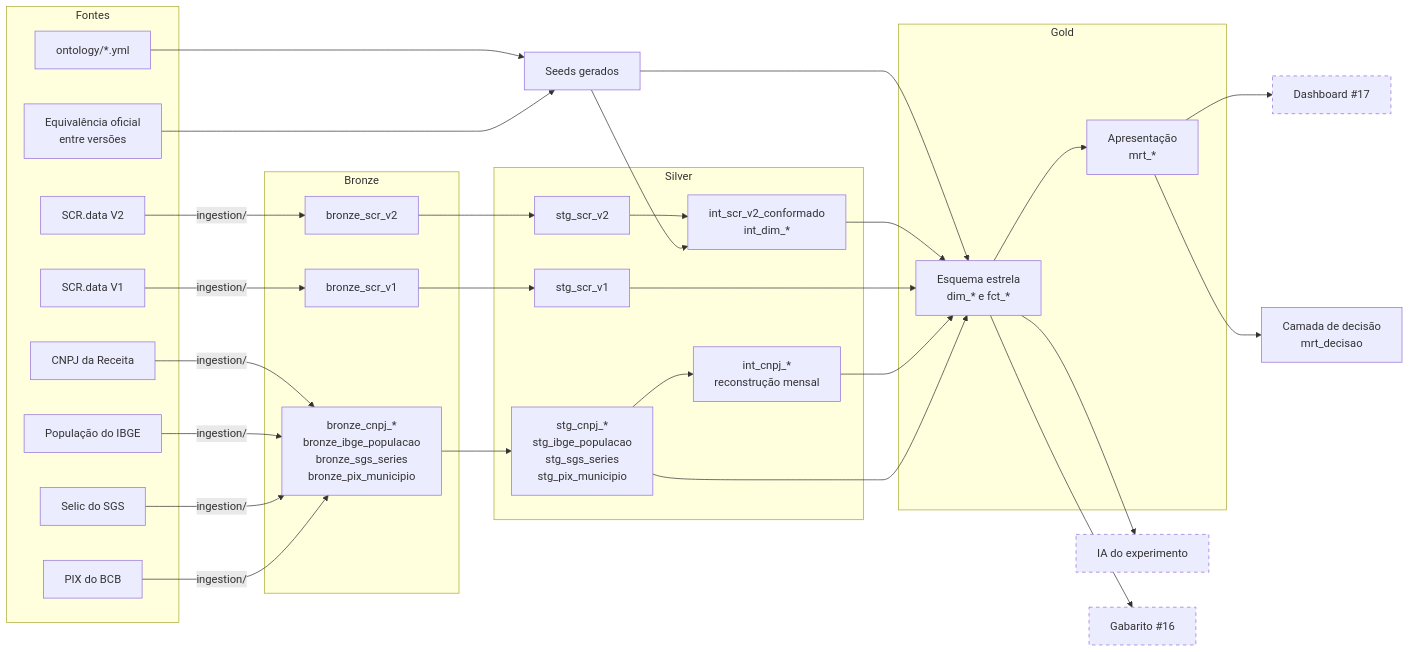
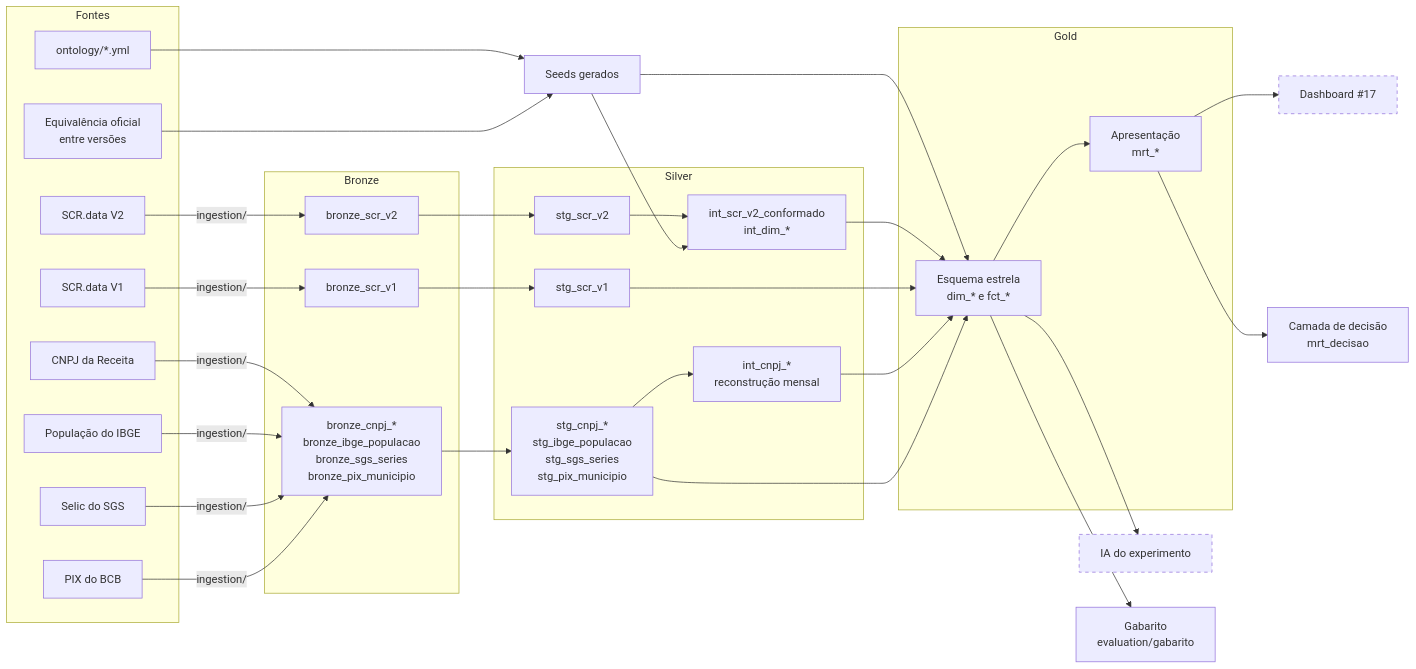
The diagram in README.md (RCHRDYv/bcb-credito-governanca), drawn with Mermaid before and after one commit. The commit also changed other lines of this file and 4 other files, not shown here.

````diff
--- a/README.md
+++ b/README.md
@@ -71,54 +71,54 @@
 ```mermaid
 flowchart LR
     subgraph fontes["Fontes"]
         v2["SCR.data V2"]
         v1["SCR.data V1"]
         onto["ontology/*.yml"]
         equiv["Equivalência oficial<br/>entre versões"]
         cnpj["CNPJ da Receita"]
         ibge["População do IBGE"]
         sgs["Selic do SGS"]
         pix["PIX do BCB"]
     end
 
     subgraph bronze["Bronze"]
         b2["bronze_scr_v2"]
         b1["bronze_scr_v1"]
         bext["bronze_cnpj_*<br/>bronze_ibge_populacao<br/>bronze_sgs_series<br/>bronze_pix_municipio"]
     end
 
     seeds["Seeds gerados"]
 
     subgraph silver["Silver"]
         s2["stg_scr_v2"]
         s1["stg_scr_v1"]
         conf["int_scr_v2_conformado<br/>int_dim_*"]
         sext["stg_cnpj_*<br/>stg_ibge_populacao<br/>stg_sgs_series<br/>stg_pix_municipio"]
         rec["int_cnpj_*<br/>reconstrução mensal"]
     end
 
     subgraph gold["Gold"]
         estrela["Esquema estrela<br/>dim_* e fct_*"]
         apres["Apresentação<br/>mrt_*"]
     end
 
     ia["IA do experimento"]
-    gab["Gabarito #16"]
+    gab["Gabarito<br/>evaluation/gabarito"]
     dash["Dashboard #17"]
     dec["Camada de decisão<br/>mrt_decisao"]
 
     v2 -- "ingestion/" --> b2 --> s2 --> conf
     v1 -- "ingestion/" --> b1 --> s1
     onto & equiv --> seeds --> conf
     seeds --> estrela
     conf --> estrela
     s1 --> estrela
     cnpj & ibge & sgs & pix -- "ingestion/" --> bext --> sext --> rec --> estrela
     sext --> estrela
     estrela --> apres
     estrela --> ia & gab
     apres --> dash & dec
 
     classDef planejado stroke-dasharray: 5 5
-    class ia,gab,dash planejado
+    class ia,dash planejado
 ```
````
